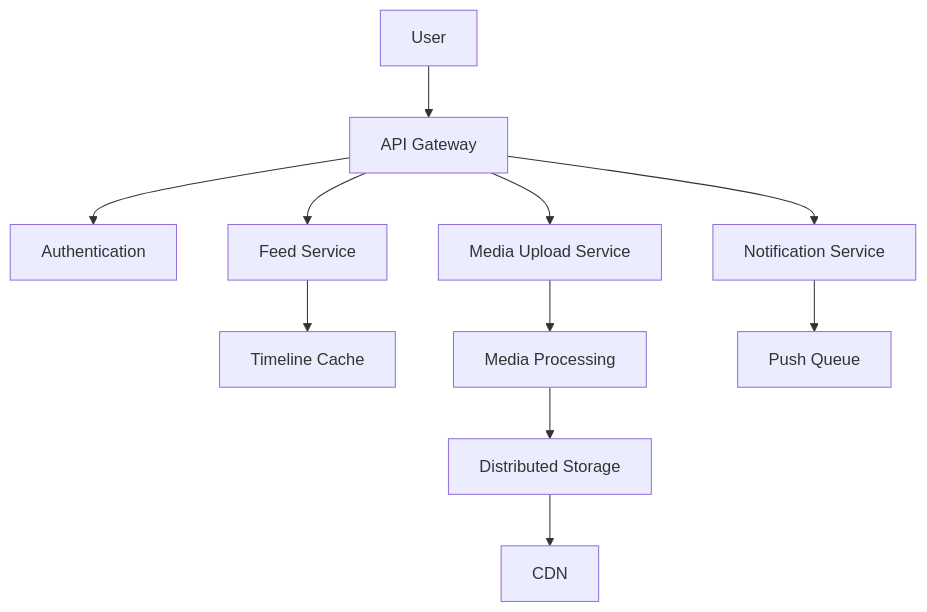
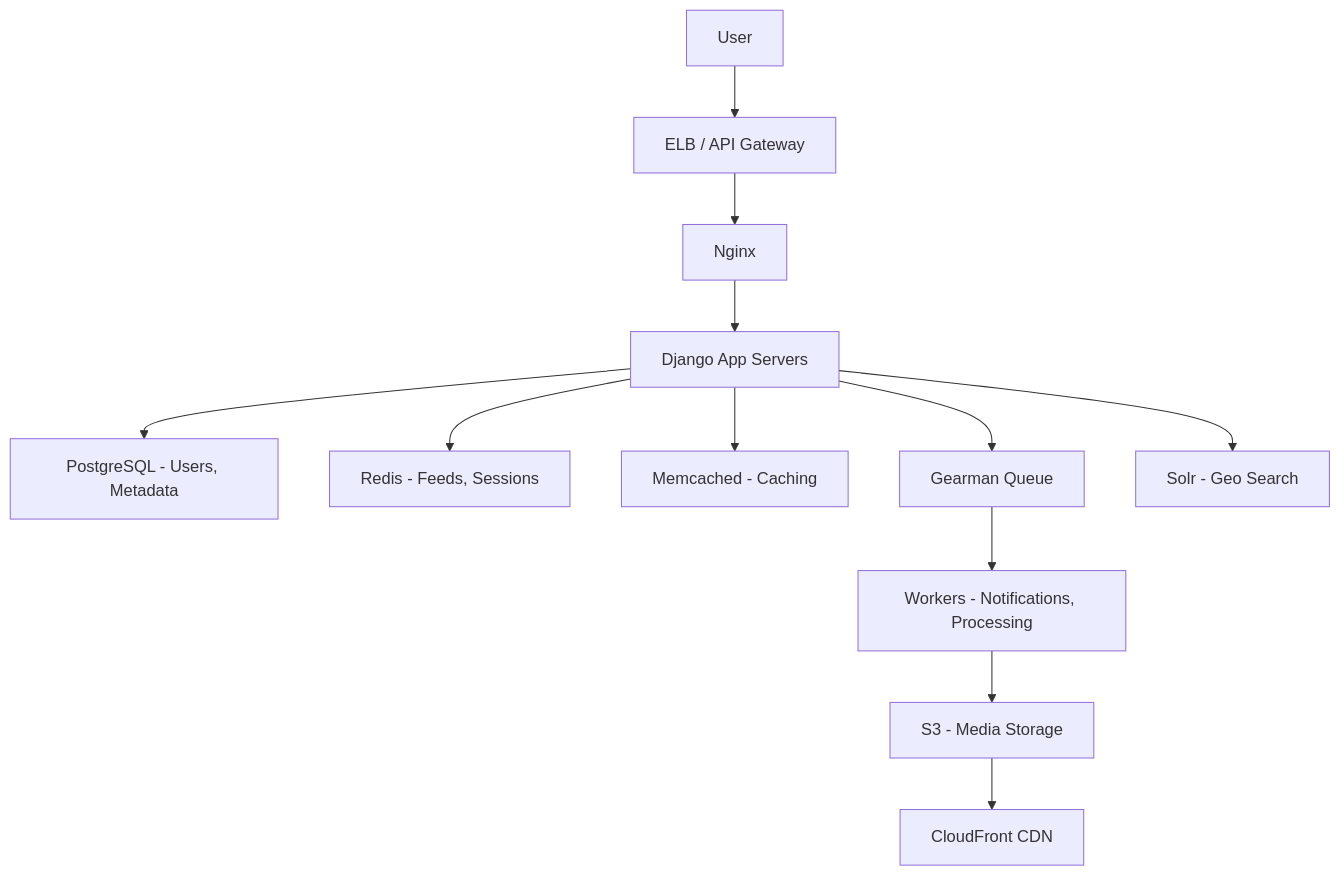
The first of 3 diagrams in instagram-system-design/README.md (VrushankPatel/interview-matters), drawn with Mermaid before and after one commit. The commit also changed other lines of this file and 5 other files, not shown here.

````diff
--- a/instagram-system-design/README.md
+++ b/instagram-system-design/README.md
@@ -14,13 +16,14 @@
 ```mermaid
 graph TD
-    A[User] --> B[API Gateway]
-    B --> C[Authentication]
-    B --> D[Feed Service]
-    D --> E[Timeline Cache]
-    B --> F[Media Upload Service]
-    F --> G[Media Processing]
-    G --> H[Distributed Storage]
-    H --> I[CDN]
-    B --> J[Notification Service]
-    J --> K[Push Queue]
+    A[User] --> B[ELB / API Gateway]
+    B --> C[Nginx]
+    C --> D[Django App Servers]
+    D --> E[PostgreSQL - Users, Metadata]
+    D --> F[Redis - Feeds, Sessions]
+    D --> G[Memcached - Caching]
+    D --> H[Gearman Queue]
+    H --> I[Workers - Notifications, Processing]
+    I --> J[S3 - Media Storage]
+    J --> K[CloudFront CDN]
+    D --> L[Solr - Geo Search]
 ```
````
